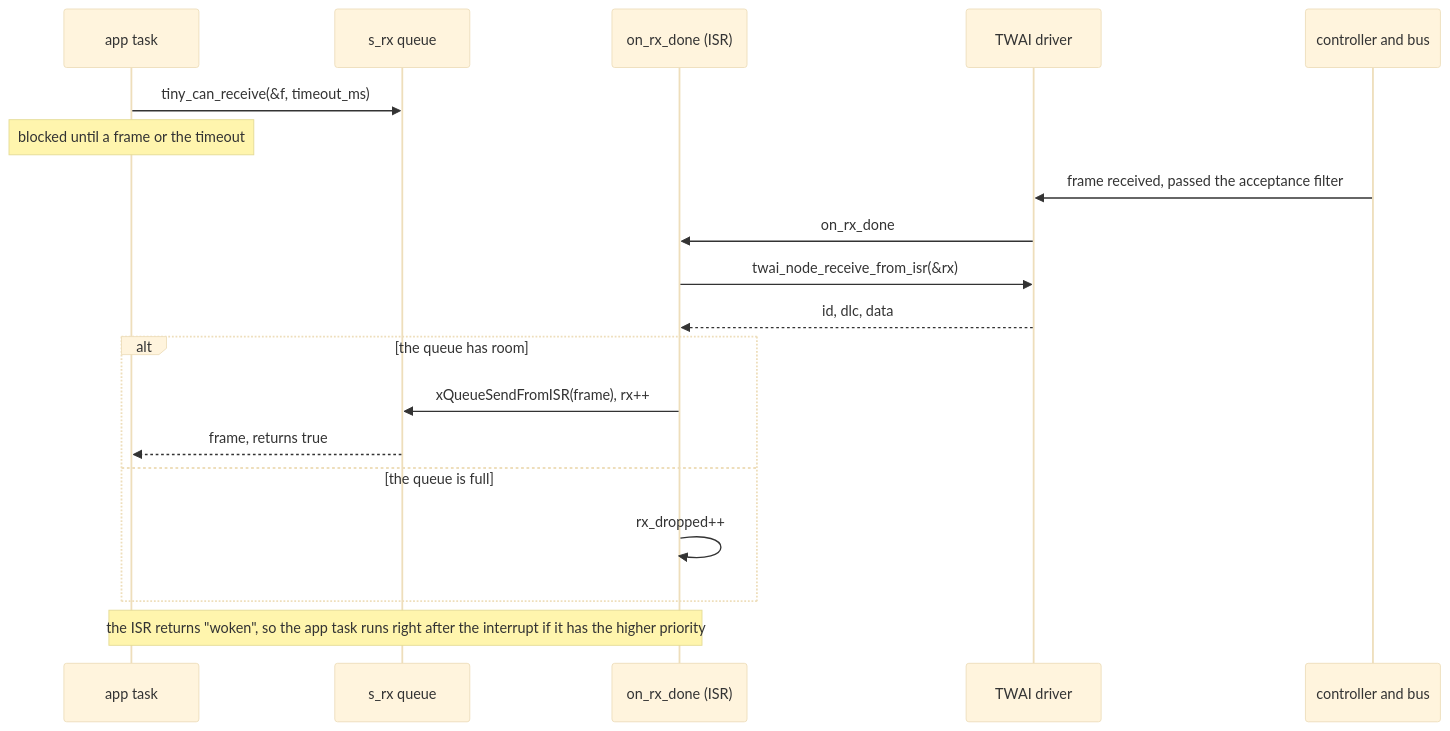
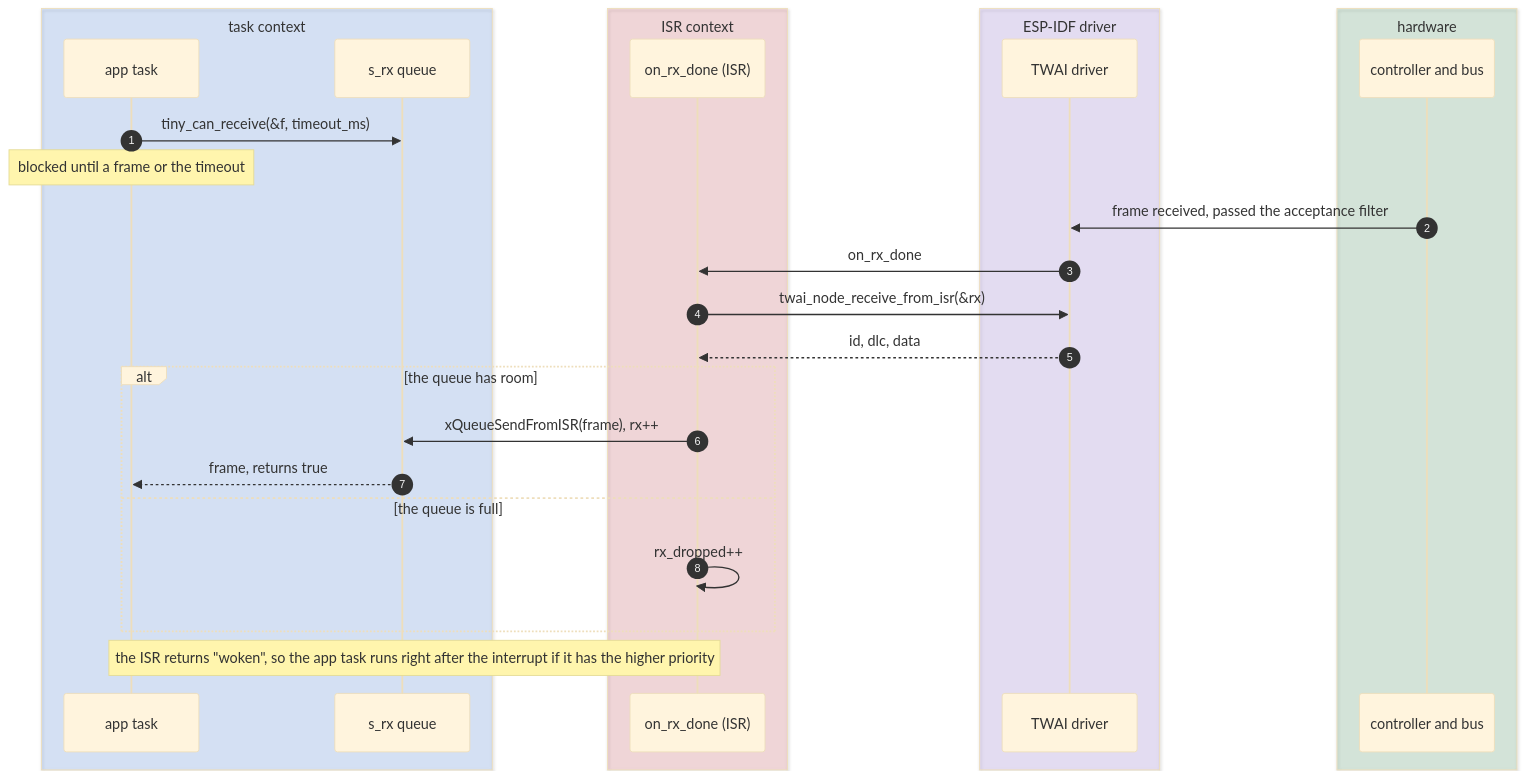
Before and after one commit to shanirub/tiny-ecus: the third of 5 diagrams in components/tiny_can/README.md, drawn with Mermaid (base theme). The commit also changed other lines of this file, not shown here.

First line of the commit message:
tiny_can diagrams: colour by execution context and state (#16)

````diff
--- a/components/tiny_can/README.md
+++ b/components/tiny_can/README.md
@@ -131,22 +149,31 @@
 ```mermaid
 sequenceDiagram
-    participant App as app task
-    participant Q as s_rx queue
-    participant ISR as on_rx_done (ISR)
-    participant Drv as TWAI driver
-    participant Bus as controller and bus
+    autonumber
+    box rgba(31,111,235,0.15) task context
+        participant App as app task
+        participant Q as s_rx queue
+    end
+    box rgba(207,34,46,0.15) ISR context
+        participant ISR as on_rx_done (ISR)
+    end
+    box rgba(130,80,223,0.15) ESP-IDF driver
+        participant Drv as TWAI driver
+    end
+    box rgba(26,127,55,0.15) hardware
+        participant Bus as controller and bus
+    end
 
     App->>Q: tiny_can_receive(&f, timeout_ms)
     Note over App: blocked until a frame or the timeout
     Bus->>Drv: frame received, passed the acceptance filter
     Drv->>ISR: on_rx_done
     ISR->>Drv: twai_node_receive_from_isr(&rx)
     Drv-->>ISR: id, dlc, data
     alt the queue has room
         ISR->>Q: xQueueSendFromISR(frame), rx++
         Q-->>App: frame, returns true
     else the queue is full
         ISR->>ISR: rx_dropped++
     end
     Note over ISR,App: the ISR returns "woken", so the app task runs right after the interrupt if it has the higher priority
 ```
````
